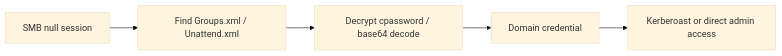
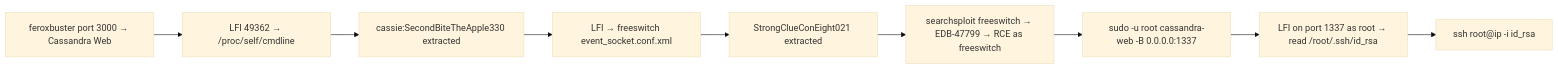
One commit to morimori-dev/morimori-dev.github.io changed the sixth of 7 diagrams in _posts/2026-03-06-tech-windows-privesc-summary.md. Above: the diagram before and after it, drawn with Mermaid (base theme). The commit also changed other lines of this file and 1 other file, not shown here.

````diff
--- a/_posts/2026-03-06-tech-windows-privesc-summary.md
+++ b/_posts/2026-03-06-tech-windows-privesc-summary.md
@@ -402,7 +232,11 @@
 ```mermaid
 flowchart LR
-    A[SMB null session] --> B[Find Groups.xml / Unattend.xml]
-    B --> C[Decrypt cpassword / base64 decode]
-    C --> D[Domain credential]
-    D --> E[Kerberoast or direct admin access]
+    A[feroxbuster port 3000 → Cassandra Web] --> B[LFI 49362 → /proc/self/cmdline]
+    B --> C[cassie:SecondBiteTheApple330 extracted]
+    C --> D[LFI → freeswitch event_socket.conf.xml]
+    D --> E[StrongClueConEight021 extracted]
+    E --> F[searchsploit freeswitch → EDB-47799 → RCE as freeswitch]
+    F --> G[sudo -u root cassandra-web -B 0.0.0.0:1337]
+    G --> H[LFI on port 1337 as root → read /root/.ssh/id_rsa]
+    H --> I[ssh root@ip -i id_rsa]
 ```
````
